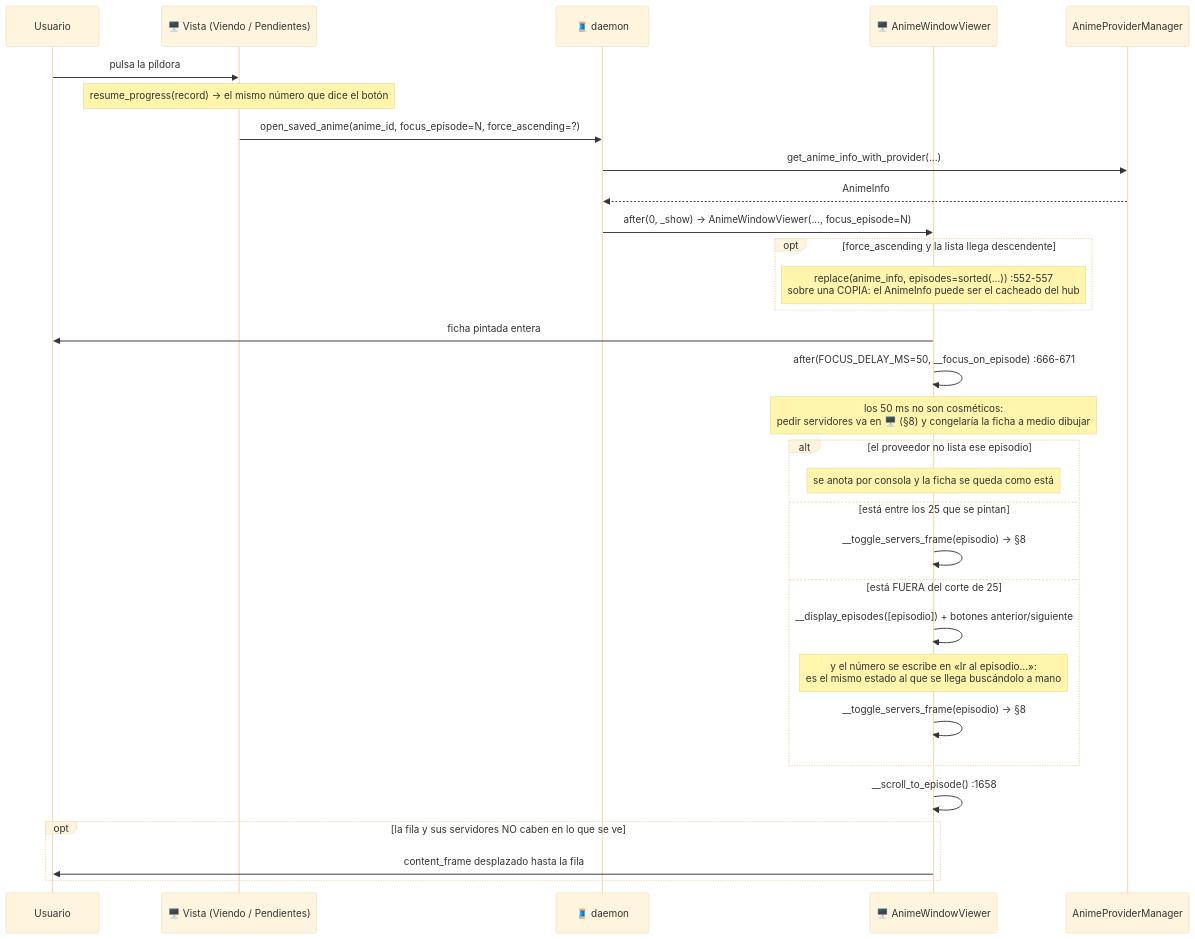
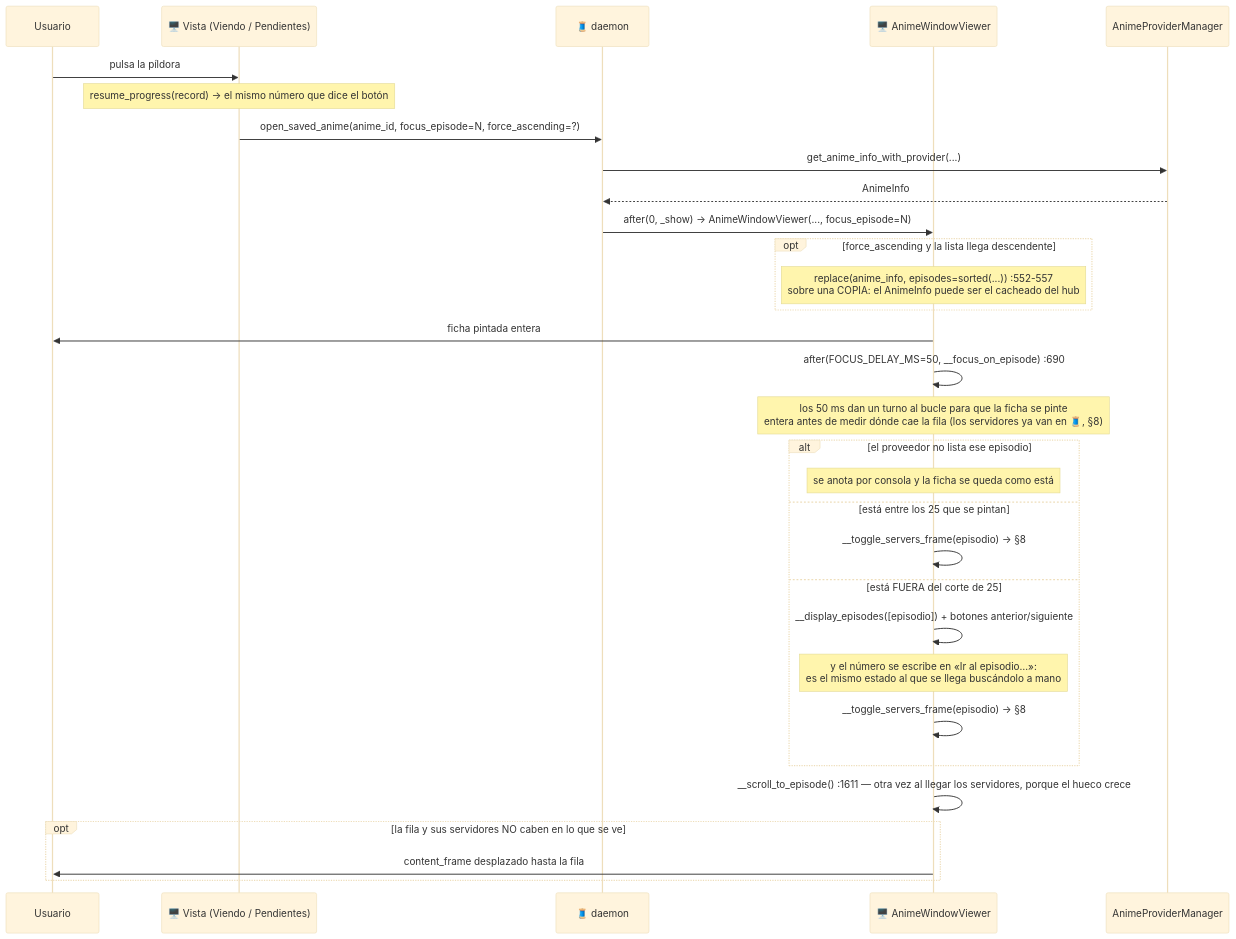
One commit to DavidEscri/BibliotecaAnime changed diagram 14 of 16 in .claude/docs/03-flujos-de-ejecucion.md. Above: the diagram before and after it, drawn with Mermaid (base theme). The commit also changed other lines of this file and 13 other files, not shown here.

````diff
--- a/.claude/docs/03-flujos-de-ejecucion.md
+++ b/.claude/docs/03-flujos-de-ejecucion.md
@@ -723,36 +746,36 @@
 ```mermaid
 sequenceDiagram
     participant U as Usuario
     participant V as 🖥️ Vista (Viendo / Pendientes)
     participant T as 🧵 daemon
     participant W as 🖥️ AnimeWindowViewer
     participant MGR as AnimeProviderManager
 
     U->>V: pulsa la píldora
     Note over V: resume_progress(record) → el mismo número que dice el botón
     V->>T: open_saved_anime(anime_id, focus_episode=N, force_ascending=?)
     T->>MGR: get_anime_info_with_provider(...)
     MGR-->>T: AnimeInfo
     T->>W: after(0, _show) → AnimeWindowViewer(..., focus_episode=N)
     opt force_ascending y la lista llega descendente
         Note over W: replace(anime_info, episodes=sorted(...)) :552-557<br/>sobre una COPIA: el AnimeInfo puede ser el cacheado del hub
     end
     W->>U: ficha pintada entera
-    W->>W: after(FOCUS_DELAY_MS=50, __focus_on_episode) :666-671
+    W->>W: after(FOCUS_DELAY_MS=50, __focus_on_episode) :690
 
-    Note over W: los 50 ms no son cosméticos:<br/>pedir servidores va en 🖥️ (§8) y congelaría la ficha a medio dibujar
+    Note over W: los 50 ms dan un turno al bucle para que la ficha se pinte<br/>entera antes de medir dónde cae la fila (los servidores ya van en 🧵, §8)
 
     alt el proveedor no lista ese episodio
         Note over W: se anota por consola y la ficha se queda como está
     else está entre los 25 que se pintan
         W->>W: __toggle_servers_frame(episodio) → §8
     else está FUERA del corte de 25
         W->>W: __display_episodes([episodio]) + botones anterior/siguiente
         Note over W: y el número se escribe en «Ir al episodio…»:<br/>es el mismo estado al que se llega buscándolo a mano
         W->>W: __toggle_servers_frame(episodio) → §8
     end
-    W->>W: __scroll_to_episode() :1658
+    W->>W: __scroll_to_episode() :1611 — otra vez al llegar los servidores, porque el hueco crece
     opt la fila y sus servidores NO caben en lo que se ve
         W->>U: content_frame desplazado hasta la fila
     end
 ```
````
